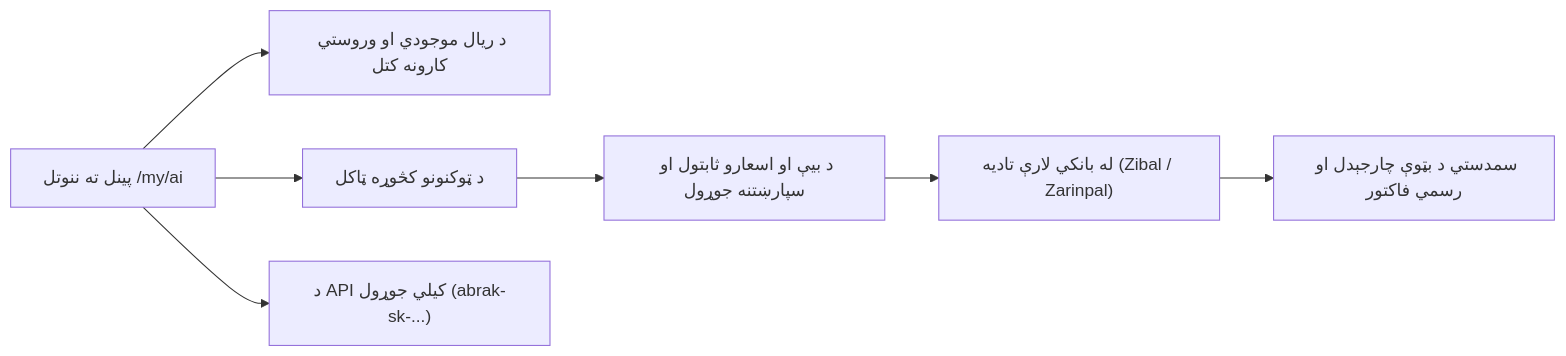
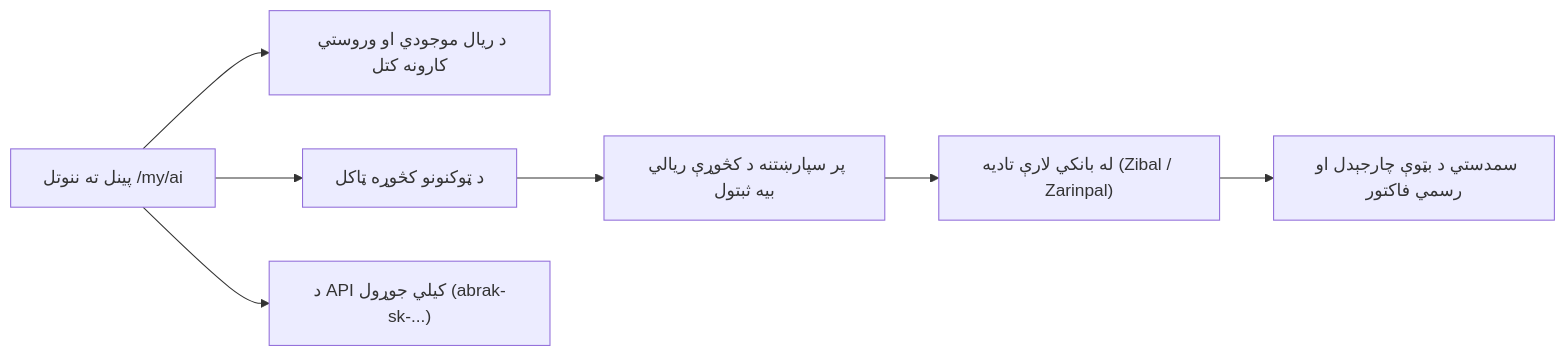
The diagram in ps/ai-wallet.md (abrakorg/abrak-docs), drawn with Mermaid before and after one commit. The commit also changed other lines of this file and 8 other files, not shown here.

````diff
--- a/ps/ai-wallet.md
+++ b/ps/ai-wallet.md
@@ -30,9 +30,9 @@
 ```mermaid
 flowchart LR
     A["پینل ته ننوتل /my/ai"] --> B["د ریال موجودي او وروستي کارونه کتل"]
     A --> C["د ټوکنونو کڅوړه ټاکل"]
-    C --> D["د بیې او اسعارو ثابتول او سپارښتنه جوړول"]
+    C --> D["پر سپارښتنه د کڅوړې ریالي بیه ثبتول"]
     D --> E["له بانکي لارې تادیه (Zibal / Zarinpal)"]
     E --> F["سمدستي د بټوې چارجېدل او رسمي فاکتور"]
     A --> G["د API کیلي جوړول (abrak-sk-...)"]
 ```
````
